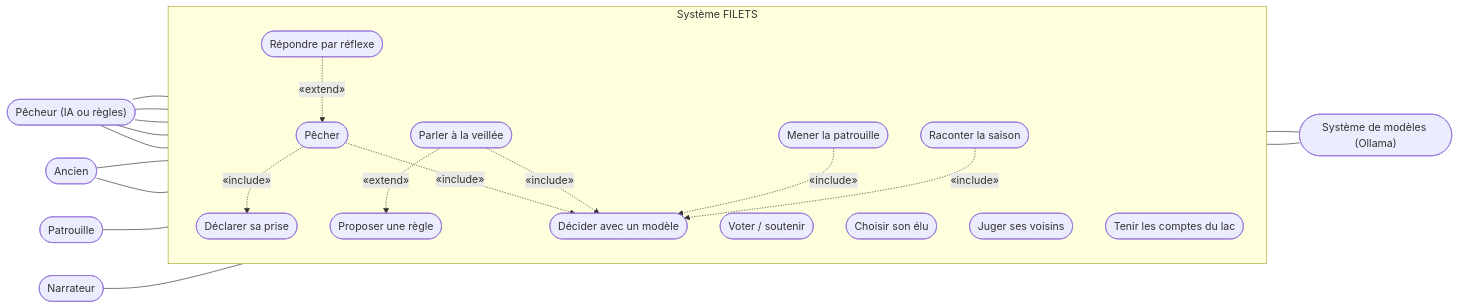
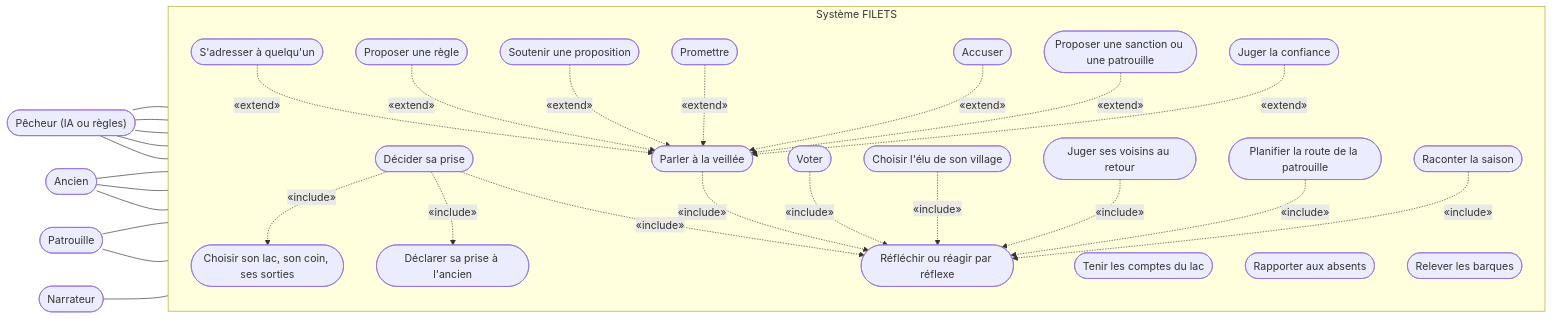
Before and after one commit to Romain-LM-Dev/Projet-Parcours---Filets-de-Vellmor: the fifth of 6 diagrams in docs/uml/cas-utilisation.md, drawn with Mermaid. The commit also changed other lines of this file and 11 other files, not shown here.

Commit message:
Docs : diagrammes UML complets (97 : chaque classe avec tous ses attributs et méthodes, World et WorldView en vues par domaine, 8 scénarios en séquence et en communication, ~95 cas d'utilisation) ; index dans le README ; PDF régénéré (125 pages) et son script docs/uml/build_pdf.py

````diff
--- a/docs/uml/cas-utilisation.md
+++ b/docs/uml/cas-utilisation.md
@@ -71,41 +234,57 @@
 ```mermaid
 flowchart LR
     P(["Pêcheur (IA ou règles)"])
     A(["Ancien"])
     PAT(["Patrouille"])
     N(["Narrateur"])
-    MOD(["Système de modèles (Ollama)"])
     subgraph SYS["Système FILETS"]
         direction TB
-        C1(["Pêcher"])
-        C2(["Déclarer sa prise"])
-        C3(["Parler à la veillée"])
-        C4(["Proposer une règle"])
-        C5(["Voter / soutenir"])
-        C6(["Choisir son élu"])
-        C7(["Juger ses voisins"])
-        C8(["Tenir les comptes du lac"])
-        C9(["Mener la patrouille"])
-        C10(["Raconter la saison"])
-        C11(["Décider avec un modèle"])
-        C12(["Répondre par réflexe"])
+        C1(["Décider sa prise"])
+        C2(["Choisir son lac, son coin, ses sorties"])
+        C3(["Déclarer sa prise à l'ancien"])
+        C4(["Parler à la veillée"])
+        C5(["S'adresser à quelqu'un"])
+        C6(["Proposer une règle"])
+        C7(["Soutenir une proposition"])
+        C8(["Promettre"])
+        C9(["Accuser"])
+        C10(["Proposer une sanction ou une patrouille"])
+        C11(["Juger la confiance"])
+        C12(["Voter"])
+        C13(["Choisir l'élu de son village"])
+        C14(["Juger ses voisins au retour"])
+        C15(["Tenir les comptes du lac"])
+        C16(["Rapporter aux absents"])
+        C17(["Planifier la route de la patrouille"])
+        C18(["Relever les barques"])
+        C19(["Raconter la saison"])
+        C20(["Réfléchir ou réagir par réflexe"])
     end
     P --- C1
-    P --- C3
-    P --- C5
-    P --- C6
-    P --- C7
-    A --- C3
-    A --- C8
-    PAT --- C9
-    N --- C10
+    P --- C4
+    P --- C12
+    P --- C13
+    P --- C14
+    A --- C4
+    A --- C15
+    A --- C16
+    PAT --- C17
+    PAT --- C18
+    N --- C19
     C1 -. "«include»" .-> C2
-    C3 -. "«extend»" .-> C4
-    C1 -. "«include»" .-> C11
-    C3 -. "«include»" .-> C11
-    C9 -. "«include»" .-> C11
-    C10 -. "«include»" .-> C11
-    C12 -. "«extend»" .-> C1
-    C11 --- MOD
-    C12 --- MOD
+    C1 -. "«include»" .-> C3
+    C1 -. "«include»" .-> C20
+    C4 -. "«include»" .-> C20
+    C5 -. "«extend»" .-> C4
+    C6 -. "«extend»" .-> C4
+    C7 -. "«extend»" .-> C4
+    C8 -. "«extend»" .-> C4
+    C9 -. "«extend»" .-> C4
+    C10 -. "«extend»" .-> C4
+    C11 -. "«extend»" .-> C4
+    C12 -. "«include»" .-> C20
+    C13 -. "«include»" .-> C20
+    C14 -. "«include»" .-> C20
+    C17 -. "«include»" .-> C20
+    C19 -. "«include»" .-> C20
 ```
````
